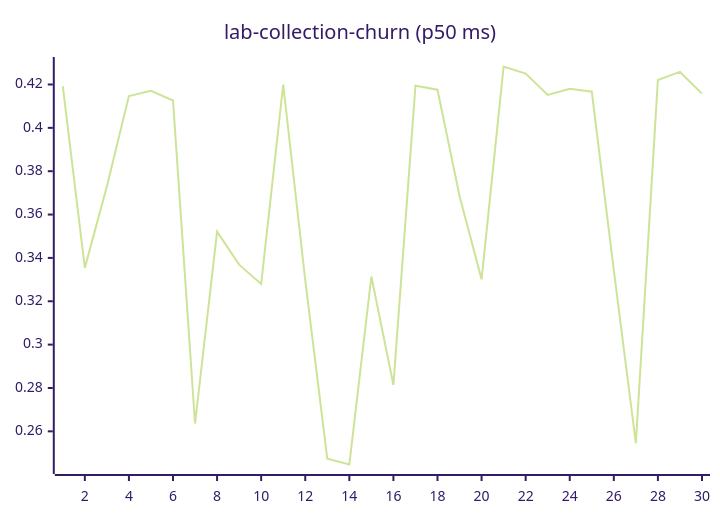
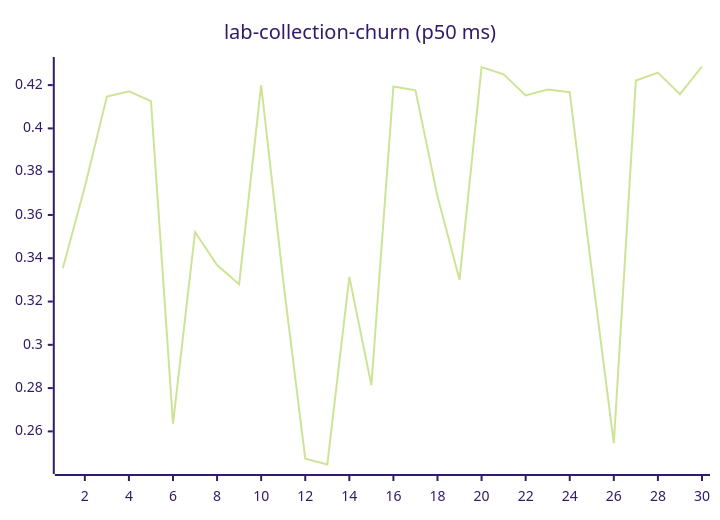
Diagram 11 of 27 in README.md (josha/Facet), drawn with Mermaid (forest theme) before and after one commit. The commit also changed other lines of this file and 2 other files, not shown here.

````diff
--- a/README.md
+++ b/README.md
@@ -133,6 +133,6 @@
 ```mermaid
 xychart-beta
     title "lab-collection-churn (p50 ms)"
     x-axis 1 --> 30
-    line [0.4192, 0.3354, 0.3730, 0.4147, 0.4171, 0.4126, 0.2636, 0.3521, 0.3369, 0.3280, 0.4200, 0.3297, 0.2474, 0.2447, 0.3314, 0.2814, 0.4194, 0.4176, 0.3686, 0.3301, 0.4283, 0.4250, 0.4152, 0.4180, 0.4167, 0.3342, 0.2545, 0.4221, 0.4258, 0.4158]
+    line [0.3354, 0.3730, 0.4147, 0.4171, 0.4126, 0.2636, 0.3521, 0.3369, 0.3280, 0.4200, 0.3297, 0.2474, 0.2447, 0.3314, 0.2814, 0.4194, 0.4176, 0.3686, 0.3301, 0.4283, 0.4250, 0.4152, 0.4180, 0.4167, 0.3342, 0.2545, 0.4221, 0.4258, 0.4158, 0.4286]
 ```
````
